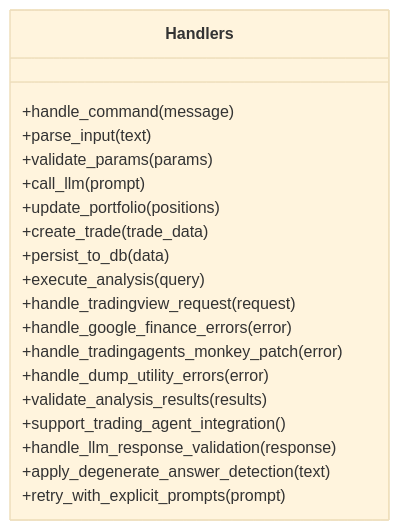
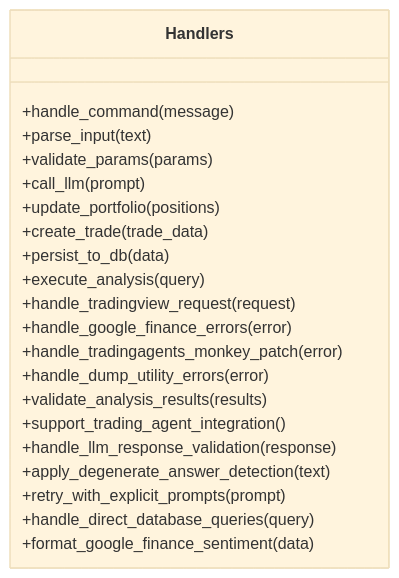
One commit to ZengSeng/telegram-bot changed the fourth of 13 diagrams in .qoder/repowiki/en/content/Core Components/Analysis Framework.md. Above: the diagram before and after it, drawn with Mermaid (base theme). The commit also changed other lines of this file and 11 other files, not shown here.

````diff
--- a/.qoder/repowiki/en/content/Core Components/Analysis Framework.md
+++ b/.qoder/repowiki/en/content/Core Components/Analysis Framework.md
@@ -292,22 +296,24 @@
 ```mermaid
 classDiagram
 class Handlers {
 +handle_command(message)
 +parse_input(text)
 +validate_params(params)
 +call_llm(prompt)
 +update_portfolio(positions)
 +create_trade(trade_data)
 +persist_to_db(data)
 +execute_analysis(query)
 +handle_tradingview_request(request)
 +handle_google_finance_errors(error)
 +handle_tradingagents_monkey_patch(error)
 +handle_dump_utility_errors(error)
 +validate_analysis_results(results)
 +support_trading_agent_integration()
 +handle_llm_response_validation(response)
 +apply_degenerate_answer_detection(text)
 +retry_with_explicit_prompts(prompt)
++handle_direct_database_queries(query)
++format_google_finance_sentiment(data)
 }
 ```
````
